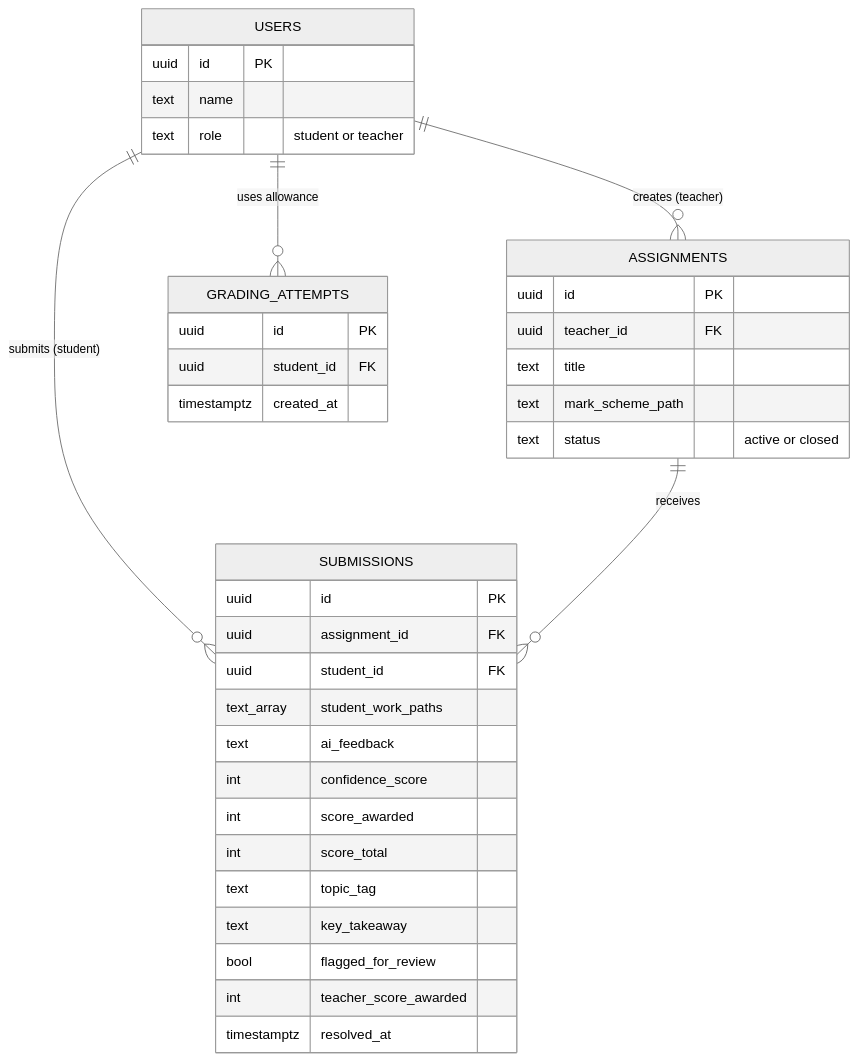
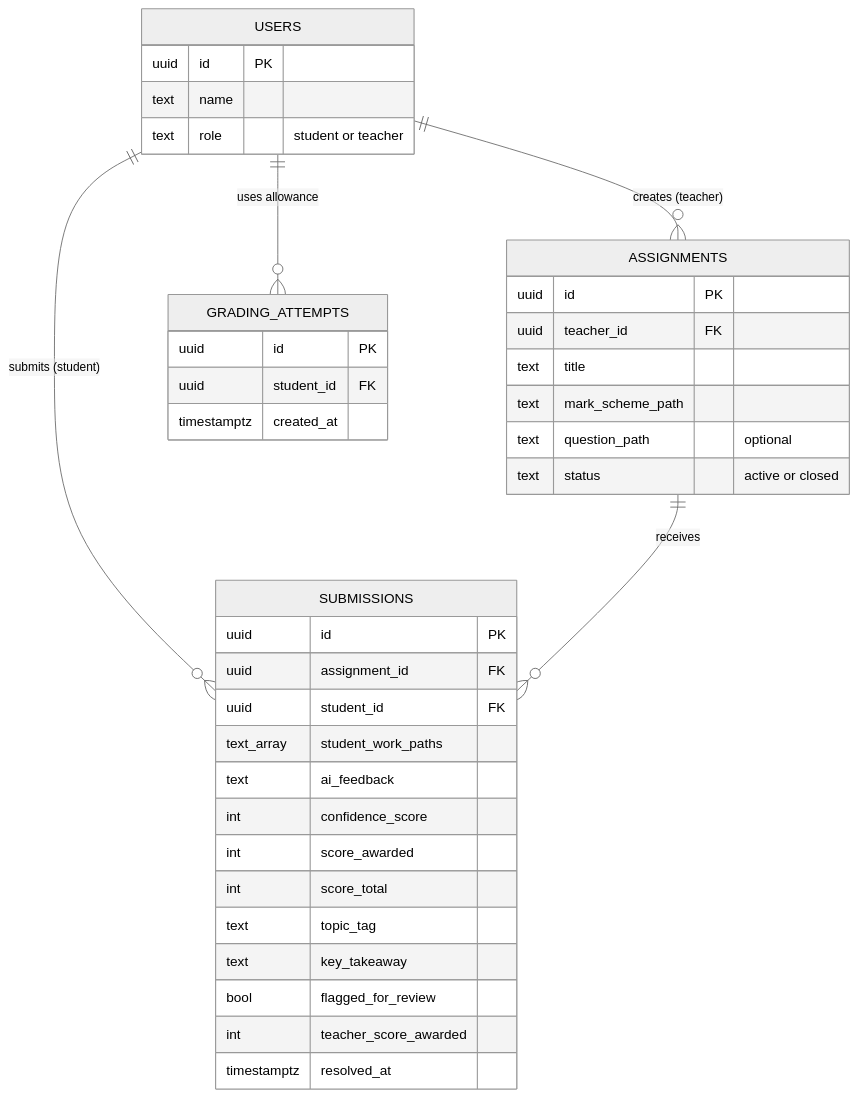
One commit to WHYNOT-LUO/mathexaminer-ai changed the second of 2 diagrams in docs/architecture.md. Above: the diagram before and after it, drawn with Mermaid (neutral theme). The commit also changed other lines of this file and 23 other files, not shown here.

````diff
--- a/docs/architecture.md
+++ b/docs/architecture.md
@@ -83,39 +83,40 @@
 ```mermaid
 erDiagram
     USERS ||--o{ ASSIGNMENTS : "creates (teacher)"
     USERS ||--o{ SUBMISSIONS : "submits (student)"
     ASSIGNMENTS ||--o{ SUBMISSIONS : "receives"
     USERS ||--o{ GRADING_ATTEMPTS : "uses allowance"
     USERS {
         uuid id PK
         text name
         text role "student or teacher"
     }
     ASSIGNMENTS {
         uuid id PK
         uuid teacher_id FK
         text title
         text mark_scheme_path
+        text question_path "optional"
         text status "active or closed"
     }
     SUBMISSIONS {
         uuid id PK
         uuid assignment_id FK
         uuid student_id FK
         text_array student_work_paths
         text ai_feedback
         int confidence_score
         int score_awarded
         int score_total
         text topic_tag
         text key_takeaway
         bool flagged_for_review
         int teacher_score_awarded
         timestamptz resolved_at
     }
     GRADING_ATTEMPTS {
         uuid id PK
         uuid student_id FK
         timestamptz created_at
     }
 ```
````
